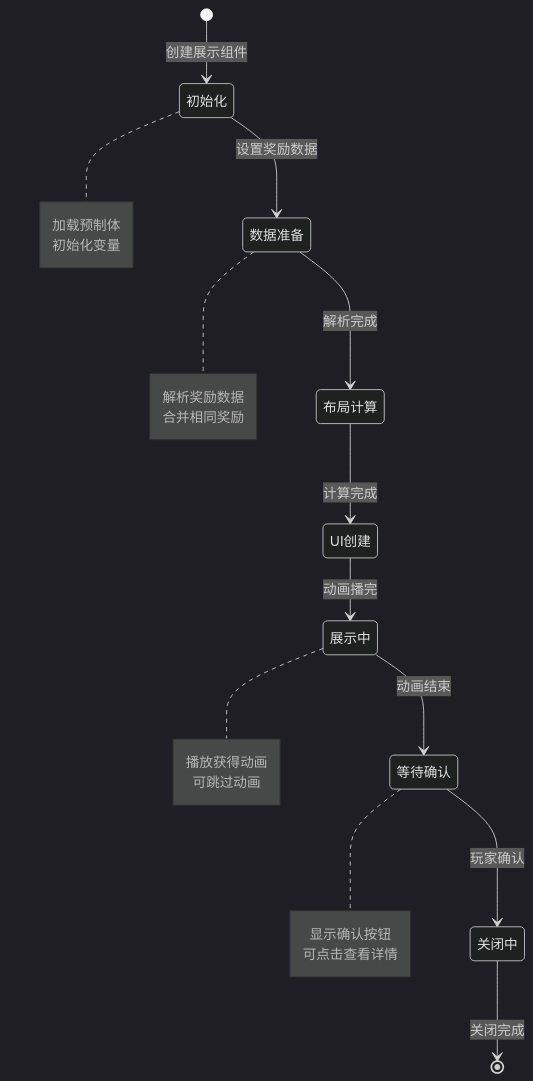
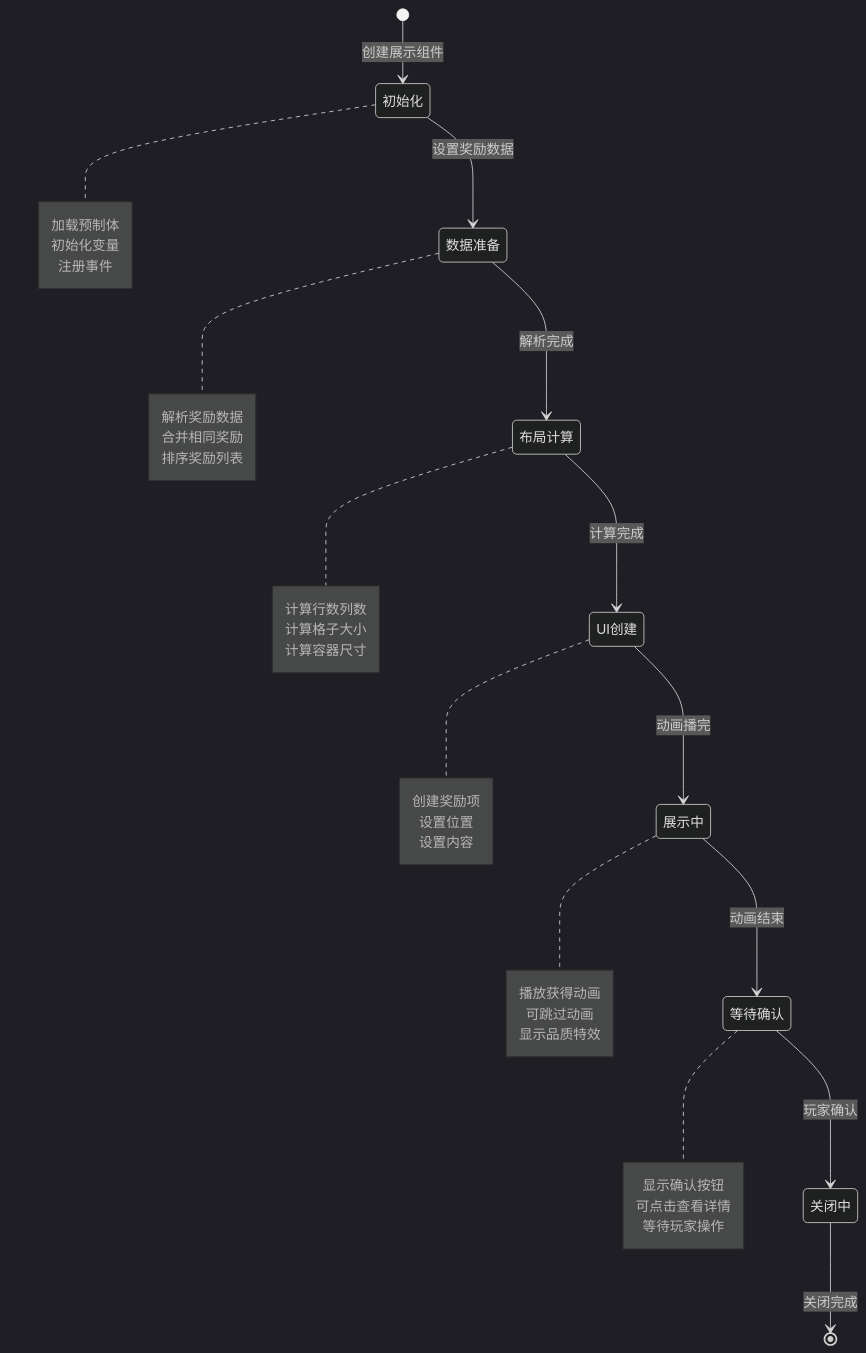
Before and after one commit to Alan-Ben/k2c_game_framework: the first of 5 diagrams in docs/Module_Bonus/06_实现细节.md, drawn with Mermaid (dark theme). The commit also changed other lines of this file and 5 other files, not shown here.

````diff
--- a/docs/Module_Bonus/06_实现细节.md
+++ b/docs/Module_Bonus/06_实现细节.md
@@ -67,31 +82,47 @@
 ```mermaid
 stateDiagram-v2
     [*] --> 初始化: 创建展示组件
     初始化 --> 数据准备: 设置奖励数据
     数据准备 --> 布局计算: 解析完成
     布局计算 --> UI创建: 计算完成
     UI创建 --> 展示中: 动画播完
     展示中 --> 等待确认: 动画结束
     等待确认 --> 关闭中: 玩家确认
     关闭中 --> [*]: 关闭完成
 
     note right of 初始化
         加载预制体
         初始化变量
+        注册事件
     end note
 
     note right of 数据准备
         解析奖励数据
         合并相同奖励
+        排序奖励列表
+    end note
+
+    note right of 布局计算
+        计算行数列数
+        计算格子大小
+        计算容器尺寸
+    end note
+
+    note right of UI创建
+        创建奖励项
+        设置位置
+        设置内容
     end note
 
     note right of 展示中
         播放获得动画
         可跳过动画
+        显示品质特效
     end note
 
     note right of 等待确认
         显示确认按钮
         可点击查看详情
+        等待玩家操作
     end note
 ```
````
